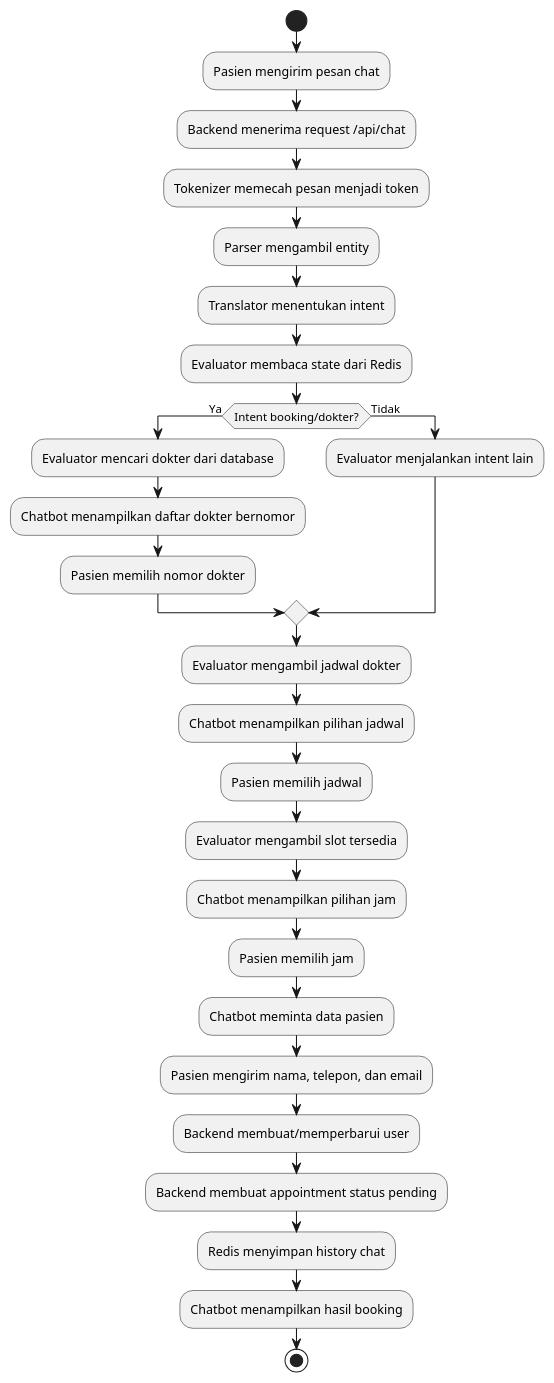
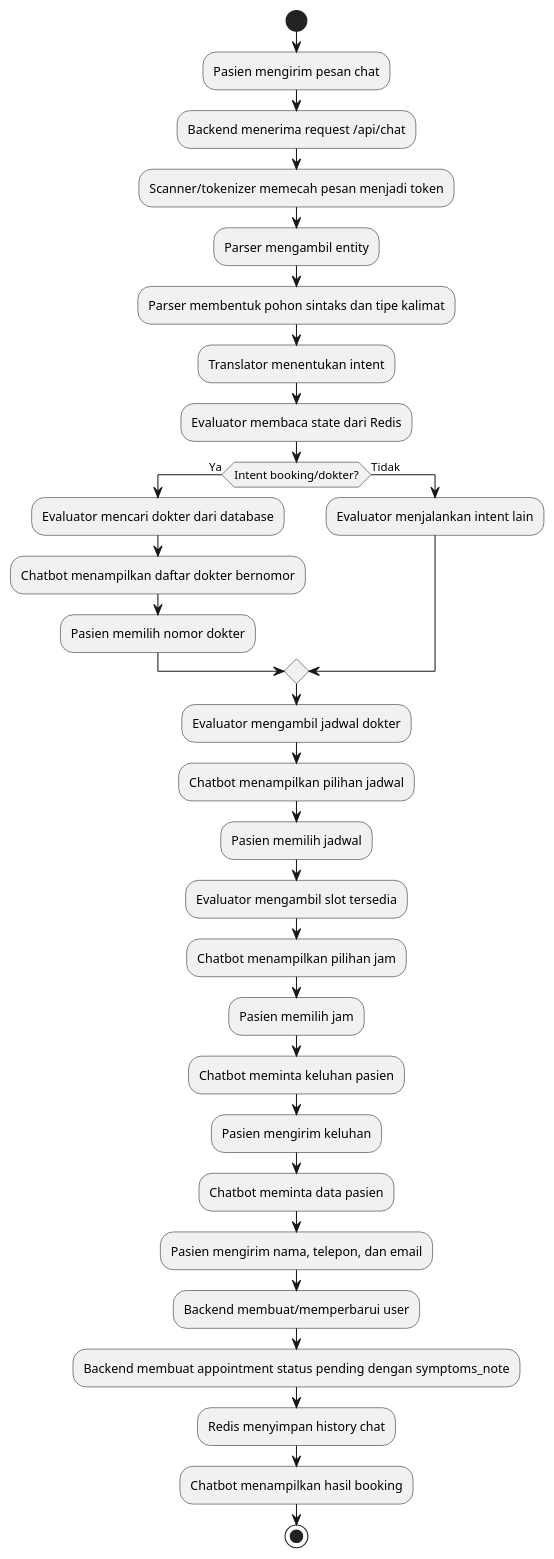
Before and after one commit to sudrajathadi/service-antrik-main: the fourth of 6 diagrams in LAPORAN_KKP_CHATBOT_ANTRIK.md, drawn with PlantUML. The commit also changed other lines of this file and 20 other files, not shown here.

````diff
--- a/LAPORAN_KKP_CHATBOT_ANTRIK.md
+++ b/LAPORAN_KKP_CHATBOT_ANTRIK.md
@@ -1096,33 +1249,36 @@
 ```plantuml
 @startuml
 start
 :Pasien mengirim pesan chat;
 :Backend menerima request /api/chat;
-:Tokenizer memecah pesan menjadi token;
+:Scanner/tokenizer memecah pesan menjadi token;
 :Parser mengambil entity;
+:Parser membentuk pohon sintaks dan tipe kalimat;
 :Translator menentukan intent;
 :Evaluator membaca state dari Redis;
 
 if (Intent booking/dokter?) then (Ya)
   :Evaluator mencari dokter dari database;
   :Chatbot menampilkan daftar dokter bernomor;
   :Pasien memilih nomor dokter;
 else (Tidak)
   :Evaluator menjalankan intent lain;
 endif
 
 :Evaluator mengambil jadwal dokter;
 :Chatbot menampilkan pilihan jadwal;
 :Pasien memilih jadwal;
 :Evaluator mengambil slot tersedia;
 :Chatbot menampilkan pilihan jam;
 :Pasien memilih jam;
+:Chatbot meminta keluhan pasien;
+:Pasien mengirim keluhan;
 :Chatbot meminta data pasien;
 :Pasien mengirim nama, telepon, dan email;
 :Backend membuat/memperbarui user;
-:Backend membuat appointment status pending;
+:Backend membuat appointment status pending dengan symptoms_note;
 :Redis menyimpan history chat;
 :Chatbot menampilkan hasil booking;
 stop
 @enduml
 ```
````
